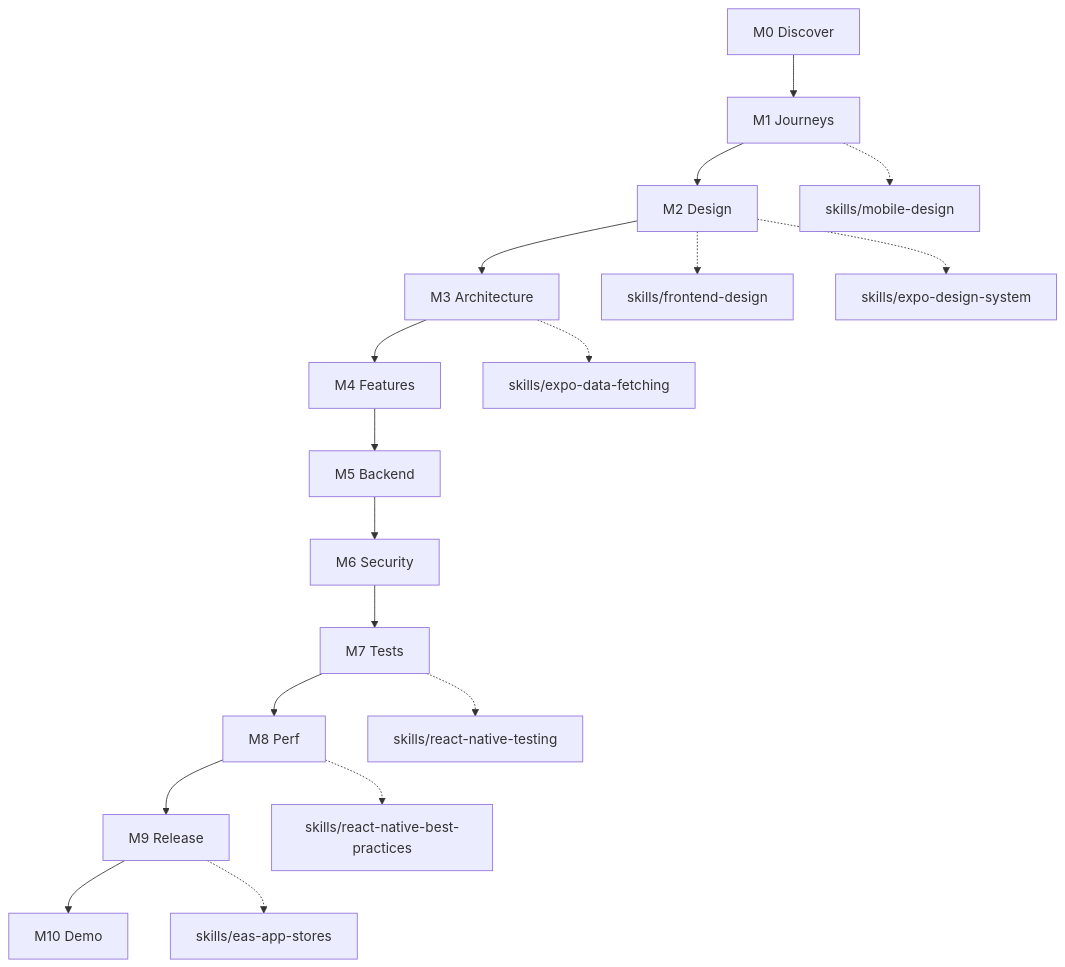
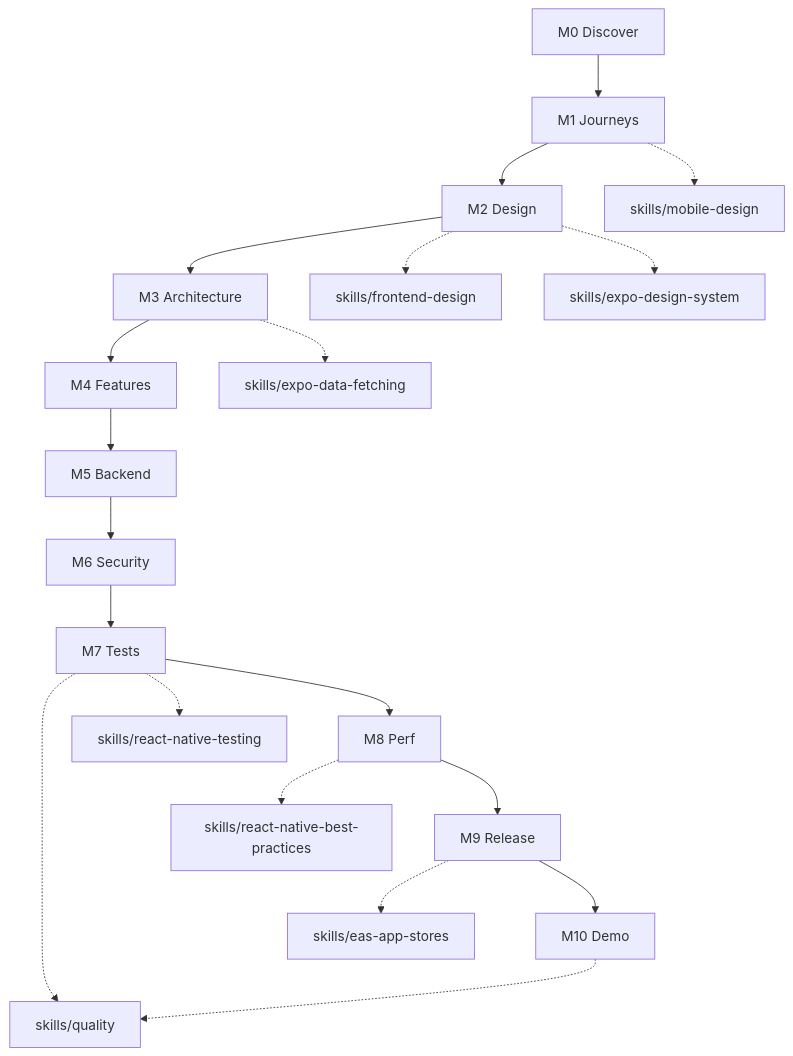
The fourth of 6 diagrams in docs/VISUAL.md (moonr5/monzer-mobile-skill), drawn with Mermaid before and after one commit. The commit also changed 8 other files, not shown here.

````diff
--- a/docs/VISUAL.md
+++ b/docs/VISUAL.md
@@ -69,20 +69,22 @@
 ```mermaid
 flowchart TB
   M0[M0 Discover] --> M1[M1 Journeys]
   M1 --> M2[M2 Design]
   M2 --> M3[M3 Architecture]
   M3 --> M4[M4 Features]
   M4 --> M5[M5 Backend]
   M5 --> M6[M6 Security]
   M6 --> M7[M7 Tests]
   M7 --> M8[M8 Perf]
   M8 --> M9[M9 Release]
   M9 --> M10[M10 Demo]
   M1 -.-> MD[skills/mobile-design]
   M2 -.-> FD[skills/frontend-design]
   M2 -.-> DS[skills/expo-design-system]
   M3 -.-> DF[skills/expo-data-fetching]
   M7 -.-> T[skills/react-native-testing]
+  M7 -.-> Q[skills/quality]
+  M10 -.-> Q
   M8 -.-> P[skills/react-native-best-practices]
   M9 -.-> EAS[skills/eas-app-stores]
 ```
````
